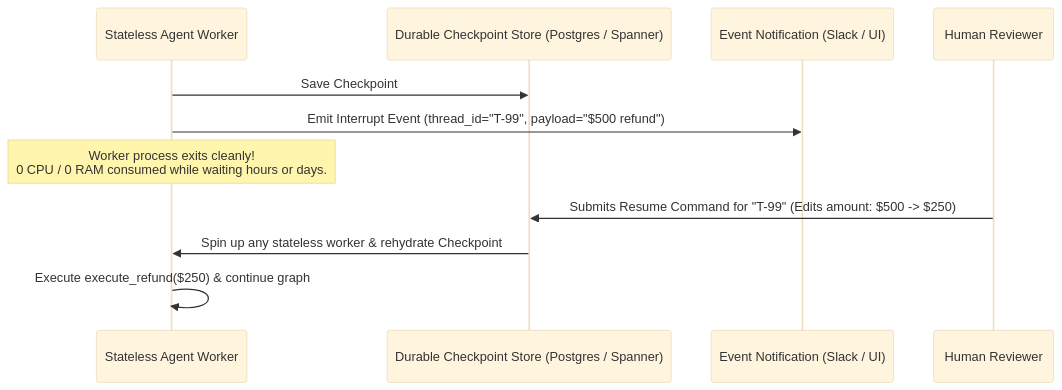
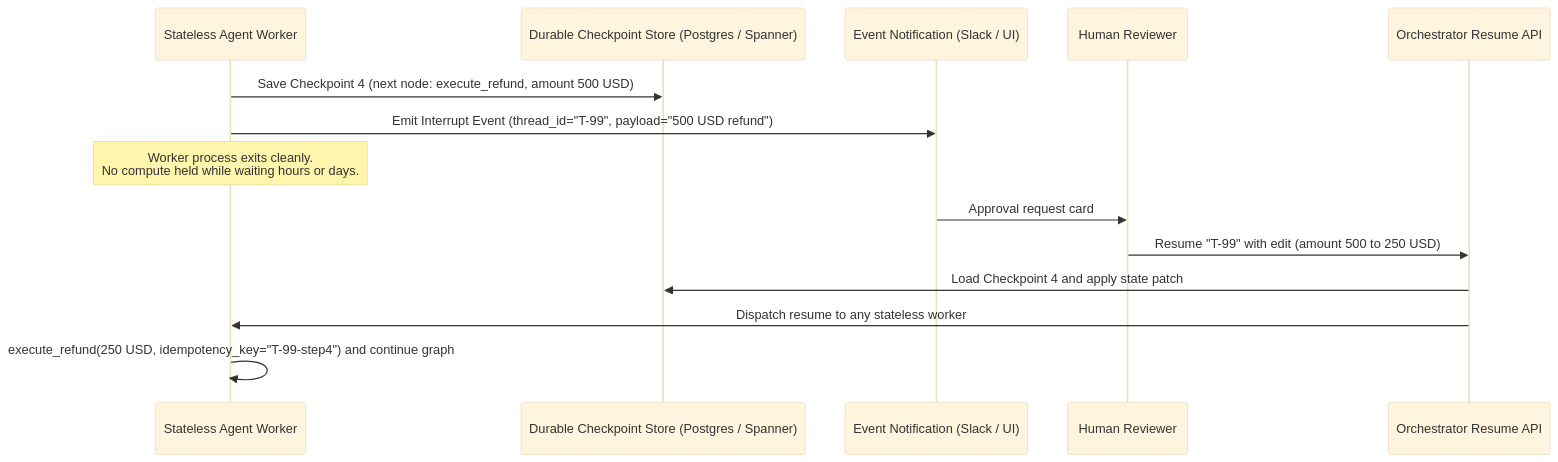
The second of 3 diagrams in chapter-17-production-state-hitl-and-frameworks.md (Rajdipc/agentic-ai-orchestration-patterns), drawn with Mermaid (base theme) before and after one commit. The commit also changed other lines of this file and 18 other files, not shown here.

````diff
--- a/chapter-17-production-state-hitl-and-frameworks.md
+++ b/chapter-17-production-state-hitl-and-frameworks.md
@@ -50,14 +57,17 @@
 ```mermaid
 sequenceDiagram
     participant Worker as Stateless Agent Worker
     participant DB as Durable Checkpoint Store (Postgres / Spanner)
     participant Queue as Event Notification (Slack / UI)
     participant Human as Human Reviewer
+    participant API as Orchestrator Resume API
 
-    Worker->>DB: Save Checkpoint #4 (Next Node: execute_refund($500))
-    Worker->>Queue: Emit Interrupt Event (thread_id="T-99", payload="$500 refund")
-    Note over Worker: Worker process exits cleanly!<br/>0 CPU / 0 RAM consumed while waiting hours or days.
-    Human->>DB: Submits Resume Command for "T-99" (Edits amount: $500 -> $250)
-    DB->>Worker: Spin up any stateless worker & rehydrate Checkpoint #4 + State Patch
-    Worker->>Worker: Execute execute_refund($250) & continue graph
+    Worker->>DB: Save Checkpoint 4 (next node: execute_refund, amount 500 USD)
+    Worker->>Queue: Emit Interrupt Event (thread_id="T-99", payload="500 USD refund")
+    Note over Worker: Worker process exits cleanly.<br/>No compute held while waiting hours or days.
+    Queue->>Human: Approval request card
+    Human->>API: Resume "T-99" with edit (amount 500 to 250 USD)
+    API->>DB: Load Checkpoint 4 and apply state patch
+    API->>Worker: Dispatch resume to any stateless worker
+    Worker->>Worker: execute_refund(250 USD, idempotency_key="T-99-step4") and continue graph
 ```
````
